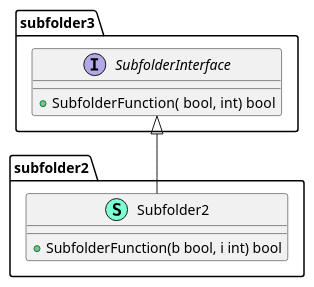
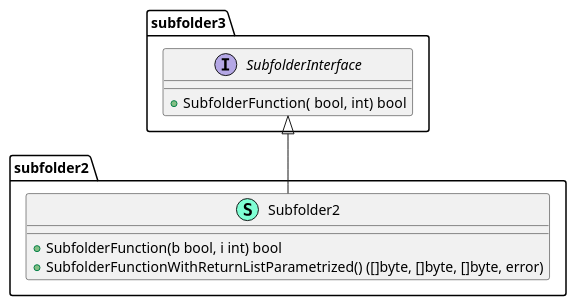
Before and after one commit to thgoexpt/PlantUML-Class-Diagram-Generator-for-golang-projects: the diagram in testingsupport/subfolder1-2.puml, drawn with PlantUML. The commit also changed 52 other files, not shown here.

First line of the commit message:
Fix return parametrized error and added go Mod.

```diff
--- a/testingsupport/subfolder1-2.puml
+++ b/testingsupport/subfolder1-2.puml
@@ -1,19 +1,20 @@
 @startuml
 namespace subfolder2 {
     class Subfolder2 << (S,Aquamarine) >> {
         + SubfolderFunction(b bool, i int) bool
+        + SubfolderFunctionWithReturnListParametrized() ([]byte, []byte, []byte, error)
 
     }
 }
 
 "subfolder3.SubfolderInterface" <|-- "subfolder2.Subfolder2"
 
 namespace subfolder3 {
     interface SubfolderInterface  {
         + SubfolderFunction( bool,  int) bool
 
     }
 }
 
 
 @enduml
```
